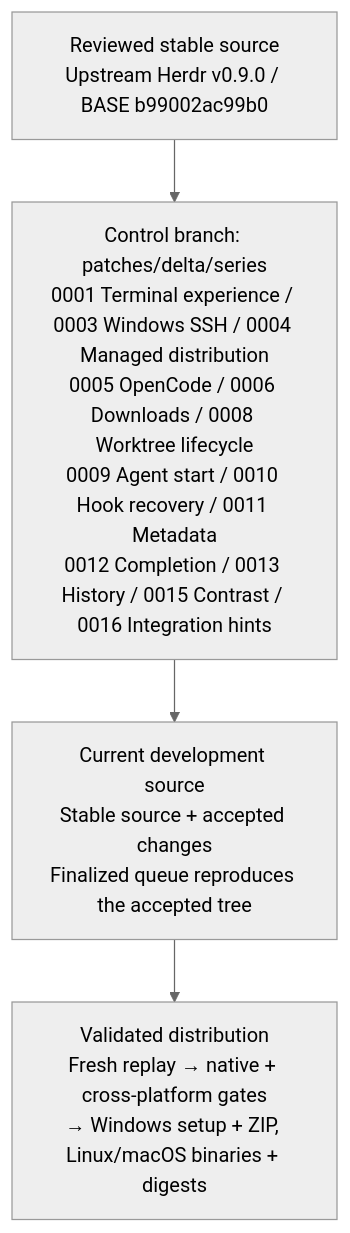
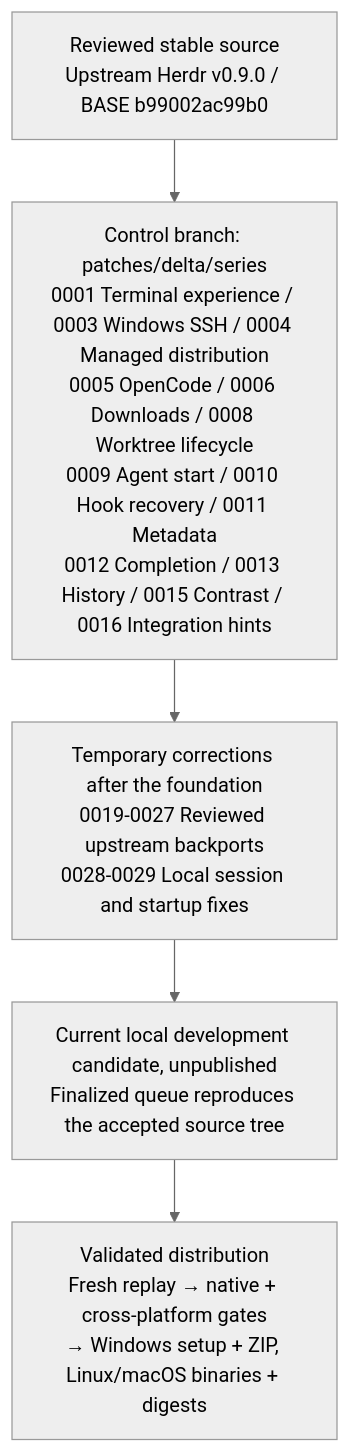
The diagram in docs/next/README.md (hdosys/herdr-win), drawn with Mermaid (neutral theme) before and after one commit. The commit also changed other lines of this file and 30 other files, not shown here.

First line of the commit message:
chore(delta): append reviewed v0.9.0 corrections

````diff
--- a/docs/next/README.md
+++ b/docs/next/README.md
@@ -37,8 +37,9 @@
 ```mermaid
 flowchart TB
     S["Reviewed stable source<br/>Upstream Herdr v0.9.0 / BASE b99002ac99b0"]
     Q["Control branch: patches/delta/series<br/>0001 Terminal experience / 0003 Windows SSH / 0004 Managed distribution<br/>0005 OpenCode / 0006 Downloads / 0008 Worktree lifecycle<br/>0009 Agent start / 0010 Hook recovery / 0011 Metadata<br/>0012 Completion / 0013 History / 0015 Contrast / 0016 Integration hints"]
-    D["Current development source<br/>Stable source + accepted changes<br/>Finalized queue reproduces the accepted tree"]
+    B["Temporary corrections after the foundation<br/>0019-0027 Reviewed upstream backports<br/>0028-0029 Local session and startup fixes"]
+    D["Current local development candidate, unpublished<br/>Finalized queue reproduces the accepted source tree"]
     V["Validated distribution<br/>Fresh replay → native + cross-platform gates<br/>→ Windows setup + ZIP, Linux/macOS binaries + digests"]
-    S --> Q --> D --> V
+    S --> Q --> B --> D --> V
 ```
````
